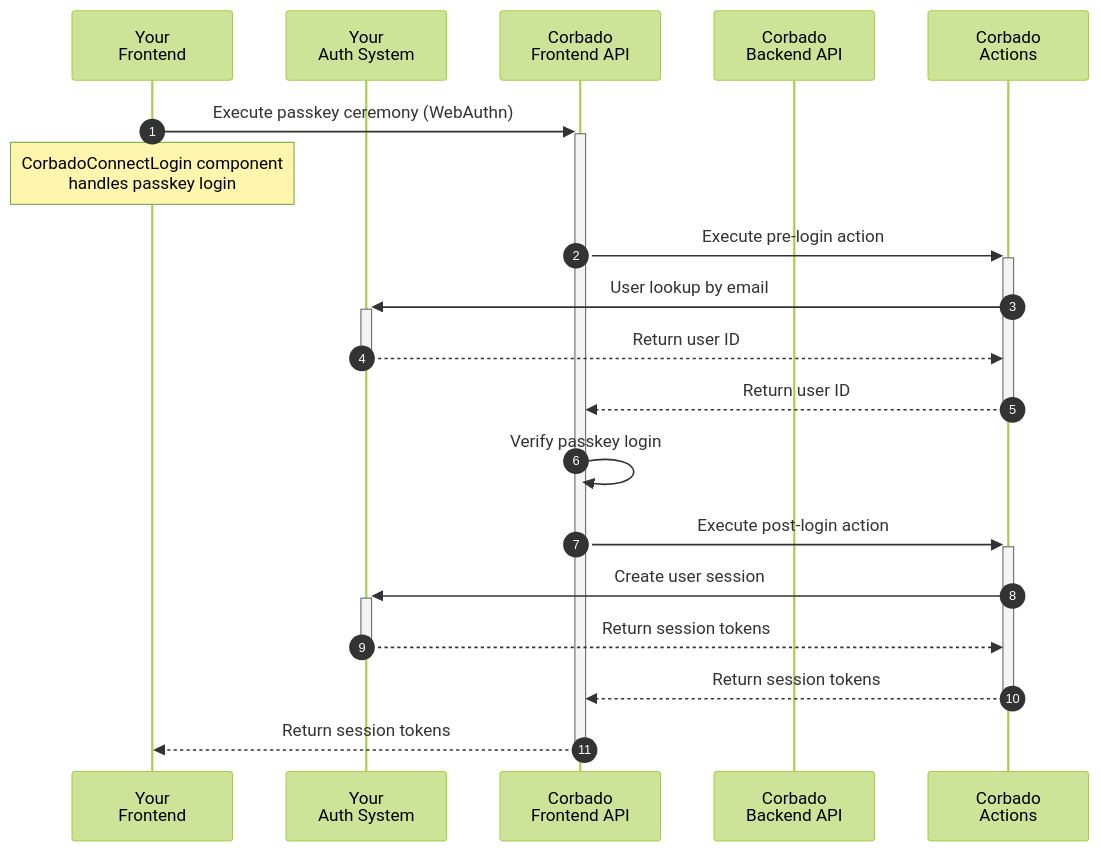
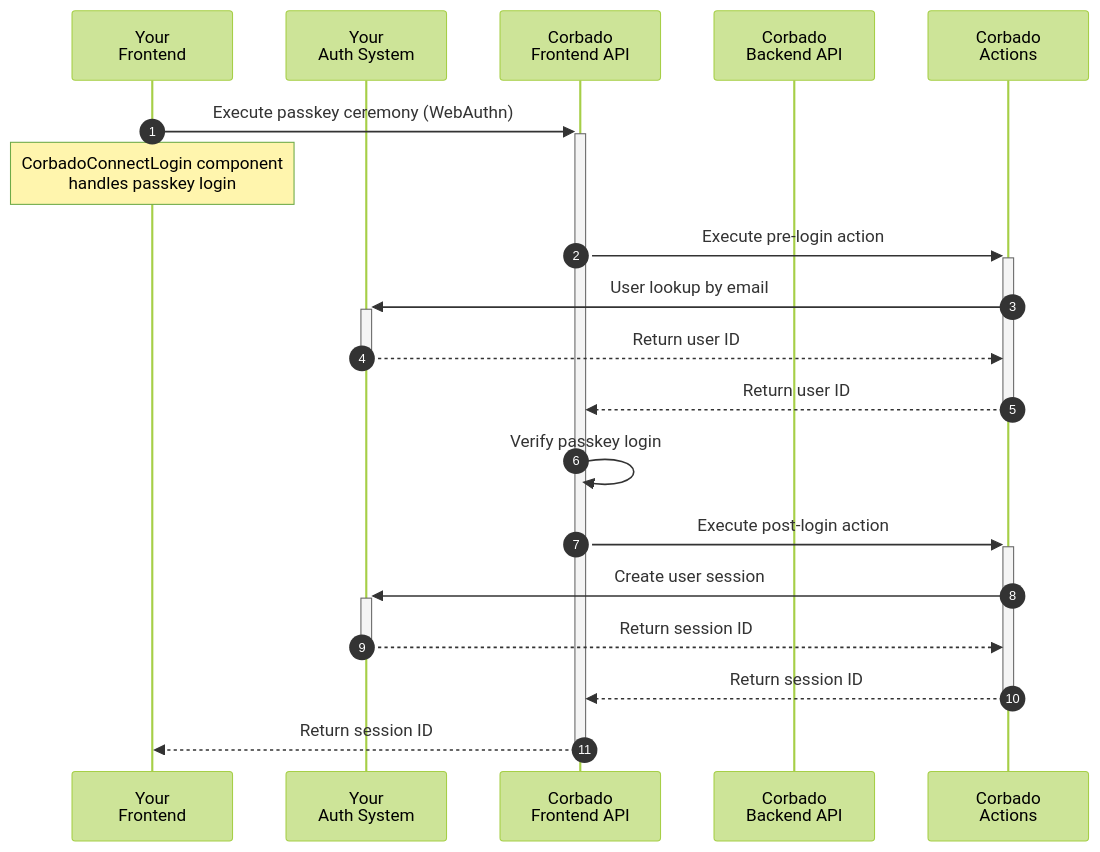
One commit to corbadotech/docs changed the fourth of 4 diagrams in corbado-connect/integration/generic.mdx. Above: the diagram before and after it, drawn with Mermaid (forest theme). The commit also changed other lines of this file, not shown here.

````diff
--- a/corbado-connect/integration/generic.mdx
+++ b/corbado-connect/integration/generic.mdx
@@ -359,22 +360,22 @@
 ```mermaid
 sequenceDiagram
     autonumber
     participant Frontend as Your<br/>Frontend
     participant IdP as Your<br/>Auth System
     participant FAPI as Corbado<br/>Frontend API
     participant BAPI as Corbado<br/>Backend API
     participant Actions as Corbado<br/>Actions
 
     Frontend->>+FAPI: Execute passkey ceremony (WebAuthn)
     Note over Frontend: CorbadoConnectLogin component<br/>handles passkey login
     FAPI->>+Actions: Execute pre-login action
     Actions->>+IdP: User lookup by email
     IdP-->>-Actions: Return user ID
     Actions-->>-FAPI: Return user ID
     FAPI->>FAPI: Verify passkey login
     FAPI->>+Actions: Execute post-login action
     Actions->>+IdP: Create user session
-    IdP-->>-Actions: Return session tokens
-    Actions-->>-FAPI: Return session tokens
-    FAPI-->>-Frontend: Return session tokens
+    IdP-->>-Actions: Return session ID
+    Actions-->>-FAPI: Return session ID
+    FAPI-->>-Frontend: Return session ID
 ```
````
